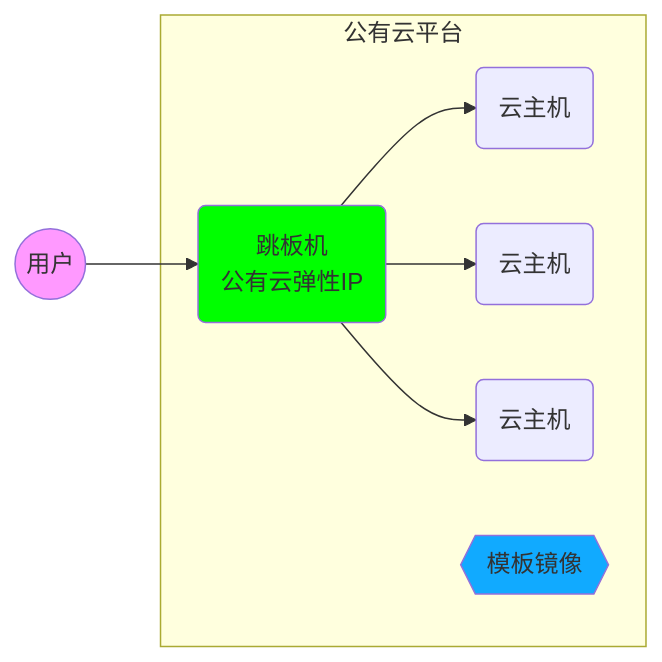
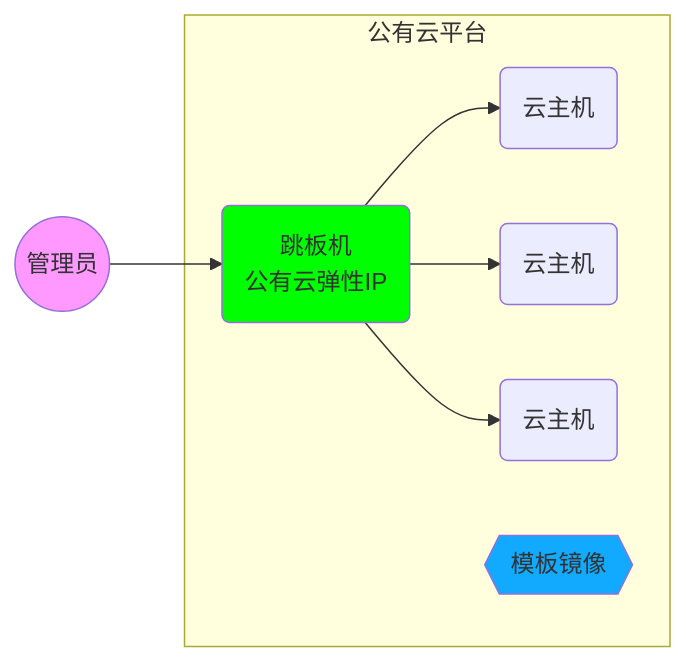
Before and after one commit to tonggh220/md_4_nsd_notes: the first of 2 diagrams in CLOUD/04/04.md, drawn with Mermaid. The commit also changed other lines of this file, not shown here.

````diff
--- a/CLOUD/04/04.md
+++ b/CLOUD/04/04.md
@@ -5,14 +5,14 @@
 ```mermaid
 graph LR
   subgraph L1[公有云平台]
     P(跳板机<br>公有云弹性IP)
     style P fill:#00ff00
     P --> A1(云主机)
     P --> A2(云主机)
     P --> A3(云主机)
     M{{模板镜像}}
     style M fill:#11aaff
   end
-U((用户)) --> P
+U((管理员)) --> P
 style U fill:#ff99ff
 ```
````
